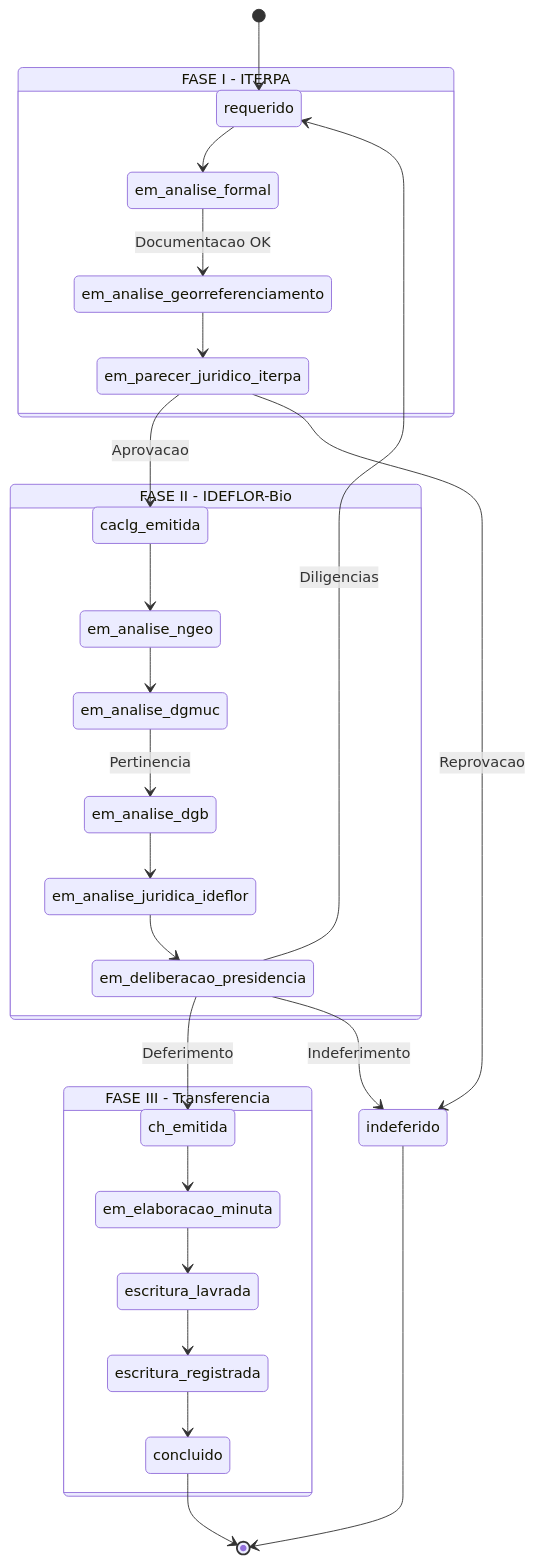
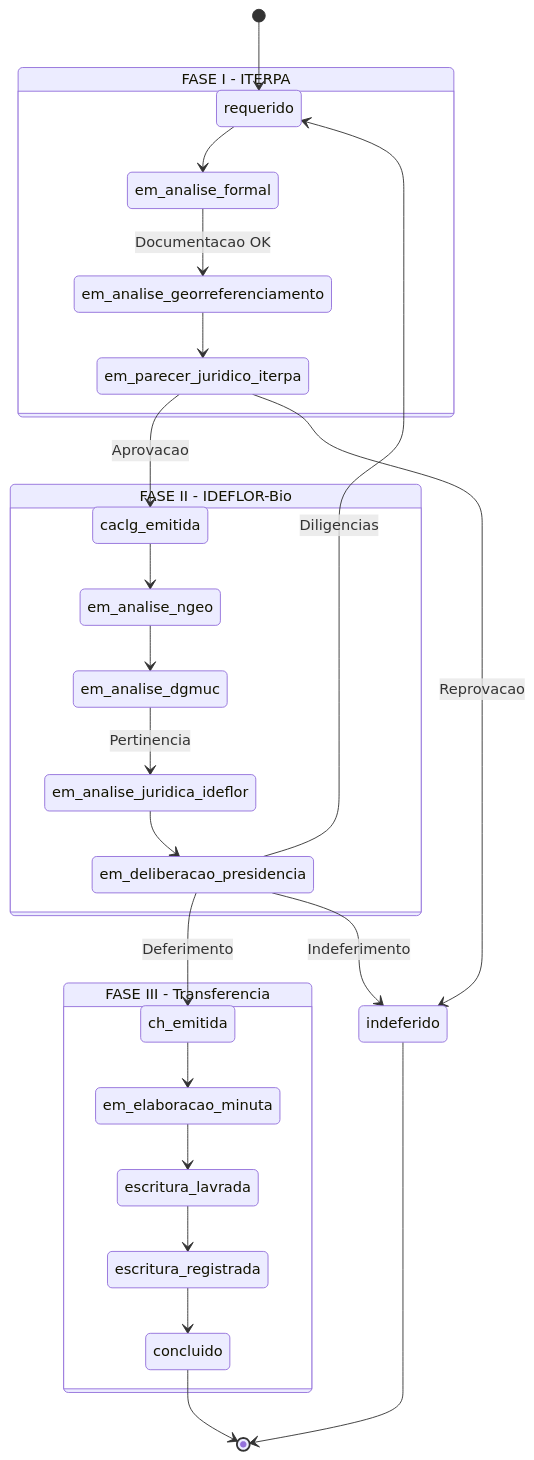
Diagram 14 of 14 in docs/05-modelo-dados/modelo-dados.md (NGEO-IDEFLOR-Bio/certFundiaria-uces-pa), drawn with Mermaid before and after one commit. The commit also changed other lines of this file and 31 other files, not shown here.

Commit message:
docs: atualiza especificacoes de planejamento e diagramas com a IN Conjunta oficial 2026

````diff
--- a/docs/05-modelo-dados/modelo-dados.md
+++ b/docs/05-modelo-dados/modelo-dados.md
@@ -398,34 +377,33 @@
 ```mermaid
 stateDiagram-v2
     [*] --> requerido
 
     state "FASE I - ITERPA" as faseI {
         requerido --> em_analise_formal
         em_analise_formal --> em_analise_georreferenciamento : Documentacao OK
         em_analise_georreferenciamento --> em_parecer_juridico_iterpa
         em_parecer_juridico_iterpa --> caclg_emitida : Aprovacao
     }
 
     state "FASE II - IDEFLOR-Bio" as faseII {
         caclg_emitida --> em_analise_ngeo
         em_analise_ngeo --> em_analise_dgmuc
-        em_analise_dgmuc --> em_analise_dgb : Pertinencia
-        em_analise_dgb --> em_analise_juridica_ideflor
+        em_analise_dgmuc --> em_analise_juridica_ideflor : Pertinencia
         em_analise_juridica_ideflor --> em_deliberacao_presidencia
         em_deliberacao_presidencia --> ch_emitida : Deferimento
     }
 
     state "FASE III - Transferencia" as faseIII {
         ch_emitida --> em_elaboracao_minuta
         em_elaboracao_minuta --> escritura_lavrada
         escritura_lavrada --> escritura_registrada
         escritura_registrada --> concluido
     }
 
     em_parecer_juridico_iterpa --> indeferido : Reprovacao
     em_deliberacao_presidencia --> indeferido : Indeferimento
     em_deliberacao_presidencia --> requerido : Diligencias
 
     concluido --> [*]
     indeferido --> [*]
 ```
````
